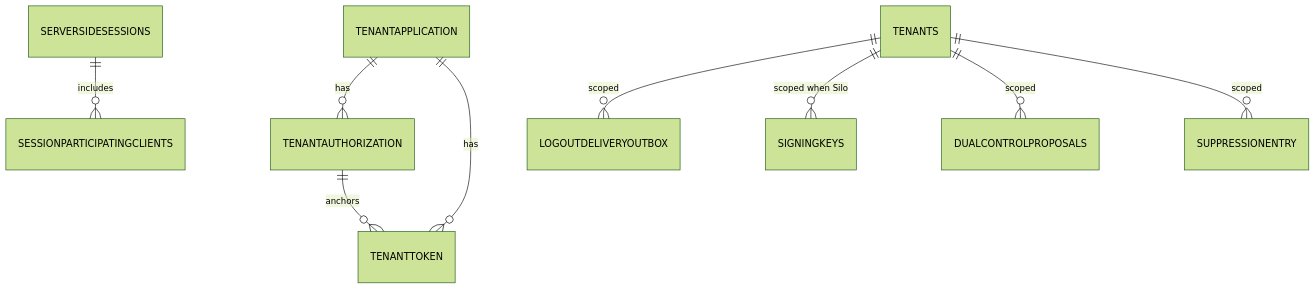
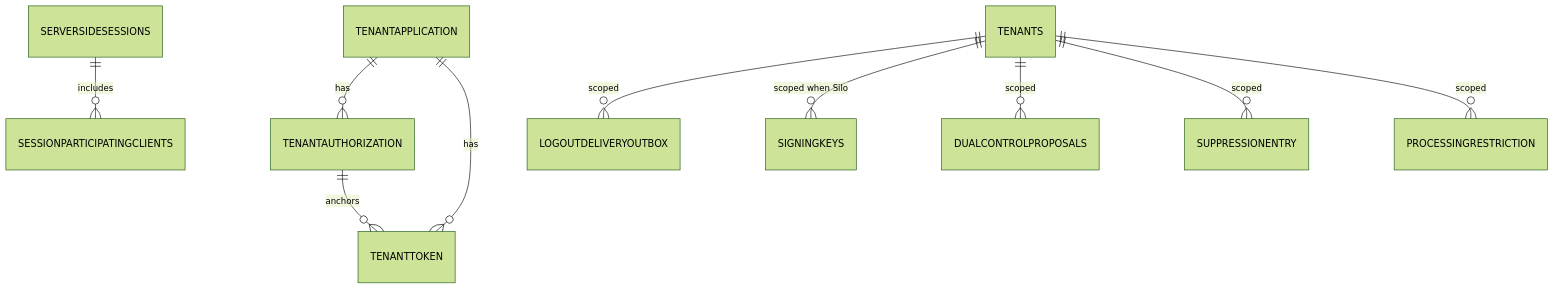
Before and after one commit to namphuongtran/nami: the fourth of 9 diagrams in docs/design/02-data.md, drawn with Mermaid (forest theme). The commit also changed other lines of this file and 8 other files, not shown here.

````diff
--- a/docs/design/02-data.md
+++ b/docs/design/02-data.md
@@ -191,11 +208,12 @@
 ```mermaid
 erDiagram
   TENANTAPPLICATION ||--o{ TENANTAUTHORIZATION : has
   TENANTAPPLICATION ||--o{ TENANTTOKEN : has
   TENANTAUTHORIZATION ||--o{ TENANTTOKEN : anchors
   SERVERSIDESESSIONS ||--o{ SESSIONPARTICIPATINGCLIENTS : includes
   TENANTS ||--o{ LOGOUTDELIVERYOUTBOX : scoped
   TENANTS ||--o{ SIGNINGKEYS : "scoped when Silo"
   TENANTS ||--o{ DUALCONTROLPROPOSALS : scoped
   TENANTS ||--o{ SUPPRESSIONENTRY : scoped
+  TENANTS ||--o{ PROCESSINGRESTRICTION : scoped
 ```
````
